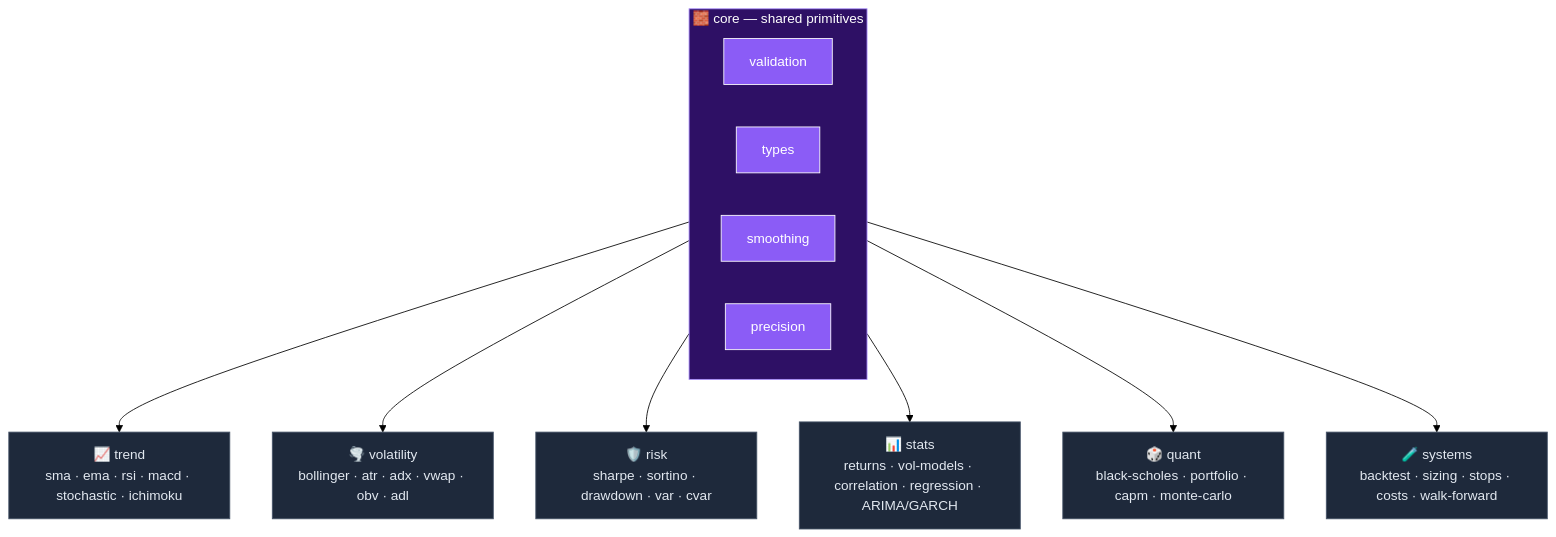
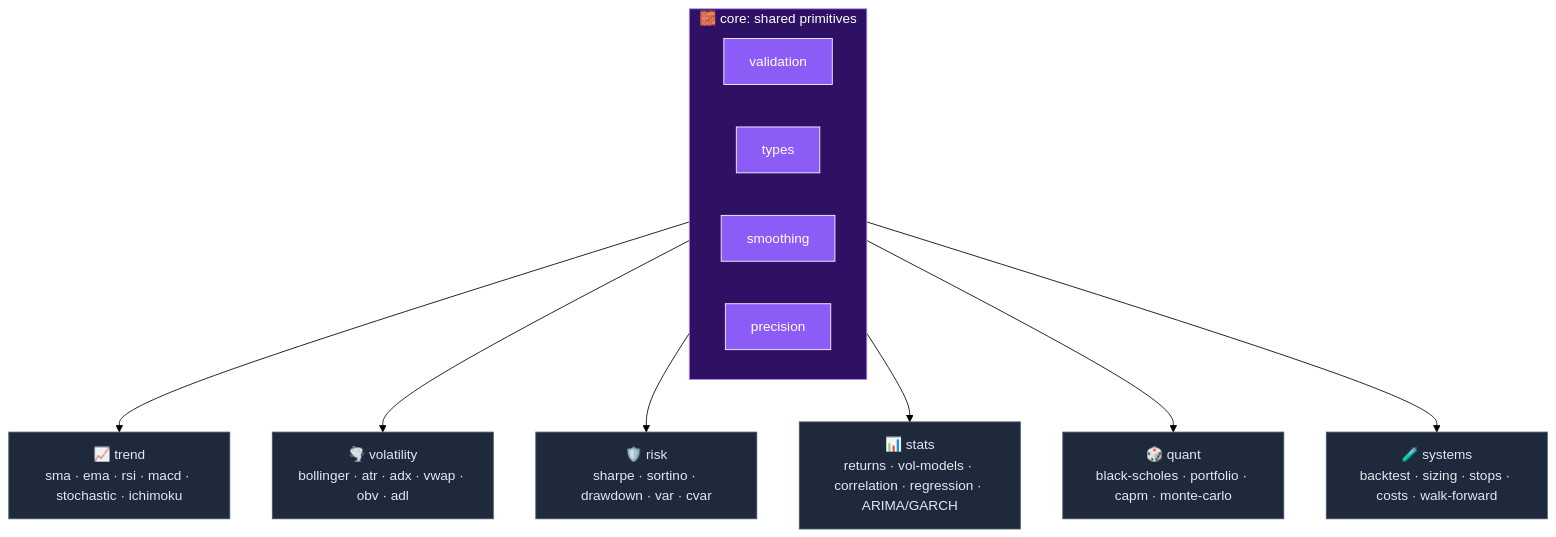
One commit to gibran-ojeda/AlphaMetrics changed the first of 2 diagrams in README.md. Above: the diagram before and after it, drawn with Mermaid (forest theme). The commit also changed other lines of this file, not shown here.

````diff
--- a/README.md
+++ b/README.md
@@ -49,21 +48,21 @@
 ```mermaid
 flowchart TD
-    subgraph CORE["🧱 core — shared primitives"]
+    subgraph CORE["🧱 core: shared primitives"]
         direction LR
         V[validation]:::c
         T[types]:::c
         S[smoothing]:::c
         P[precision]:::c
     end
 
     CORE --> TR["📈 trend<br/>sma · ema · rsi · macd · stochastic · ichimoku"]:::dom
     CORE --> VO["🌪️ volatility<br/>bollinger · atr · adx · vwap · obv · adl"]:::dom
     CORE --> RI["🛡️ risk<br/>sharpe · sortino · drawdown · var · cvar"]:::dom
     CORE --> ST["📊 stats<br/>returns · vol-models · correlation · regression · ARIMA/GARCH"]:::dom
     CORE --> QU["🎲 quant<br/>black-scholes · portfolio · capm · monte-carlo"]:::dom
     CORE --> SY["🧪 systems<br/>backtest · sizing · stops · costs · walk-forward"]:::dom
 
     classDef c fill:#8b5cf6,stroke:#fff,stroke-width:1px,color:#fff
     classDef dom fill:#1e293b,stroke:#475569,color:#e2e8f0
     style CORE fill:#2e1065,stroke:#a78bfa,color:#fff
 ```
````
